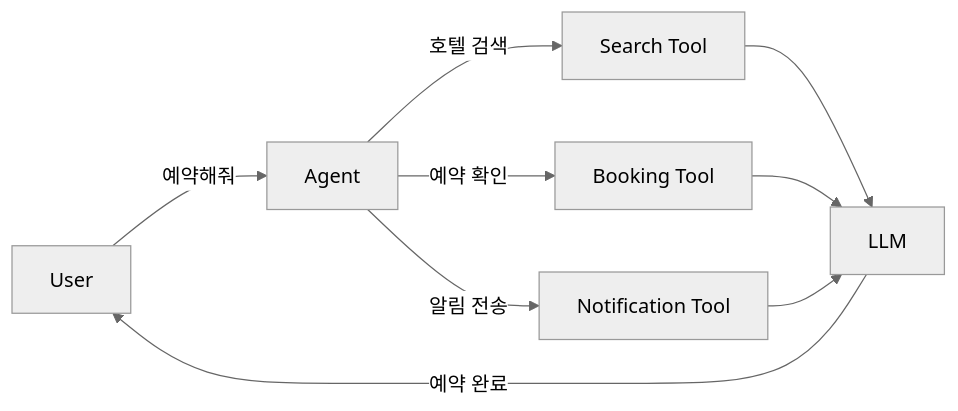
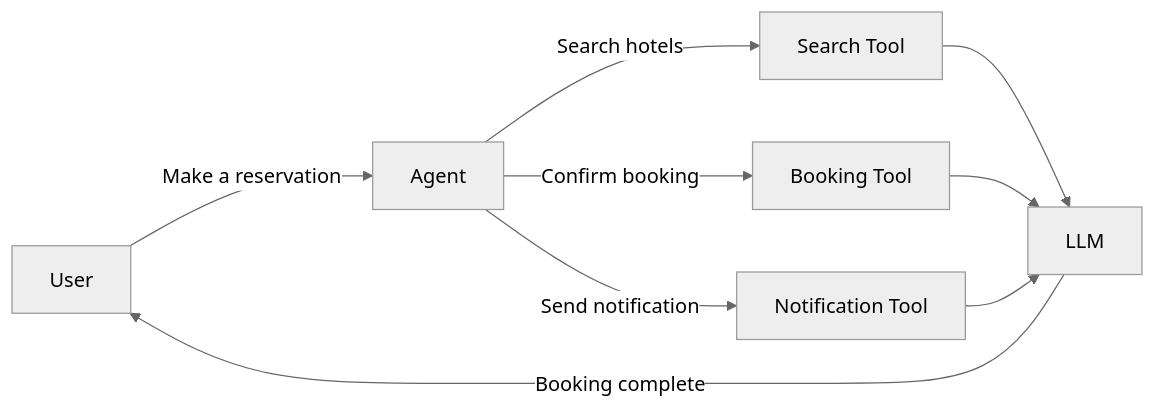
Before and after one commit to cartanova-ai/sonamu: the diagram in modules/docs/en/advanced-features/ai-agents/agent-configuration.mdx, drawn with Mermaid (neutral theme). The commit also changed other lines of this file and 86 other files, not shown here.

````diff
--- a/modules/docs/en/advanced-features/ai-agents/agent-configuration.mdx
+++ b/modules/docs/en/advanced-features/ai-agents/agent-configuration.mdx
@@ -12,11 +12,11 @@
 ```mermaid
 graph LR
-    U[User] -->|"예약해줘"| A[Agent]
-    A -->|"호텔 검색"| T1[Search Tool]
-    A -->|"예약 확인"| T2[Booking Tool]
-    A -->|"알림 전송"| T3[Notification Tool]
+    U[User] -->|"Make a reservation"| A[Agent]
+    A -->|"Search hotels"| T1[Search Tool]
+    A -->|"Confirm booking"| T2[Booking Tool]
+    A -->|"Send notification"| T3[Notification Tool]
     T1 --> LLM[LLM]
     T2 --> LLM
     T3 --> LLM
-    LLM -->|"예약 완료"| U
+    LLM -->|"Booking complete"| U
 ```
````
